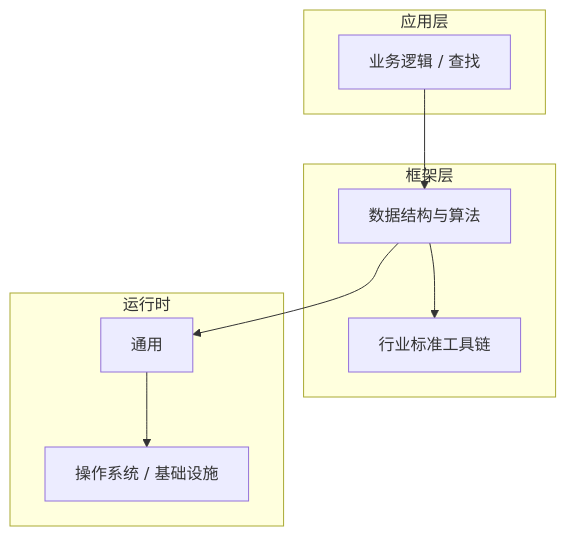
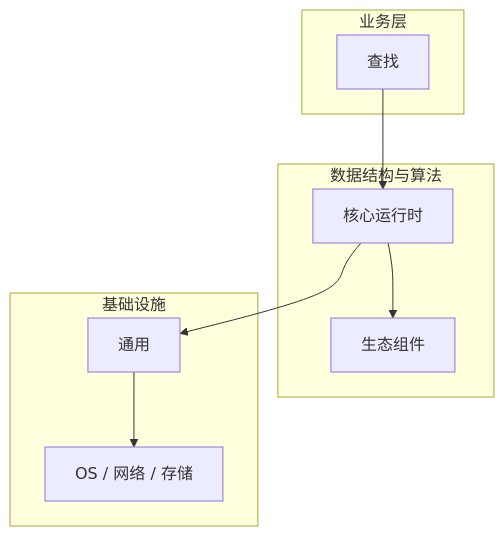
The diagram in articles/数据结构与算法/chapters/113-查找核心概念与原理.md (yanggan2015/knowledge-json-v2), drawn with Mermaid before and after one commit. The commit also changed other lines of this file and 10127 other files, not shown here.

````diff
--- a/articles/数据结构与算法/chapters/113-查找核心概念与原理.md
+++ b/articles/数据结构与算法/chapters/113-查找核心概念与原理.md
@@ -45,18 +30,18 @@
 ```mermaid
 graph TB
-    subgraph 应用层
-        A[业务逻辑 / 查找]
+    subgraph 业务层
+        A[查找]
     end
-    subgraph 框架层
-        B[数据结构与算法]
-        C[行业标准工具链]
+    subgraph 数据结构与算法
+        B[核心运行时]
+        C[生态组件]
     end
-    subgraph 运行时
+    subgraph 基础设施
         D[通用]
-        E[操作系统 / 基础设施]
+        E[OS / 网络 / 存储]
     end
     A --> B
     B --> C
     B --> D
     D --> E
 ```
````
